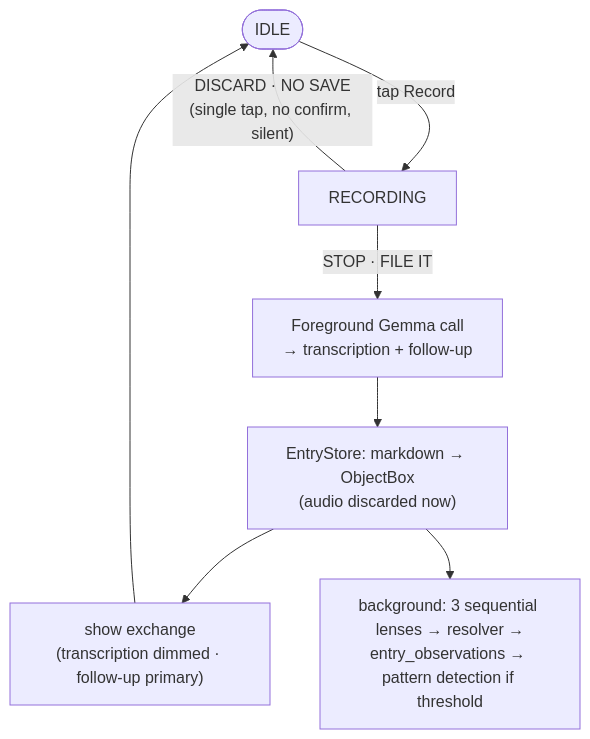
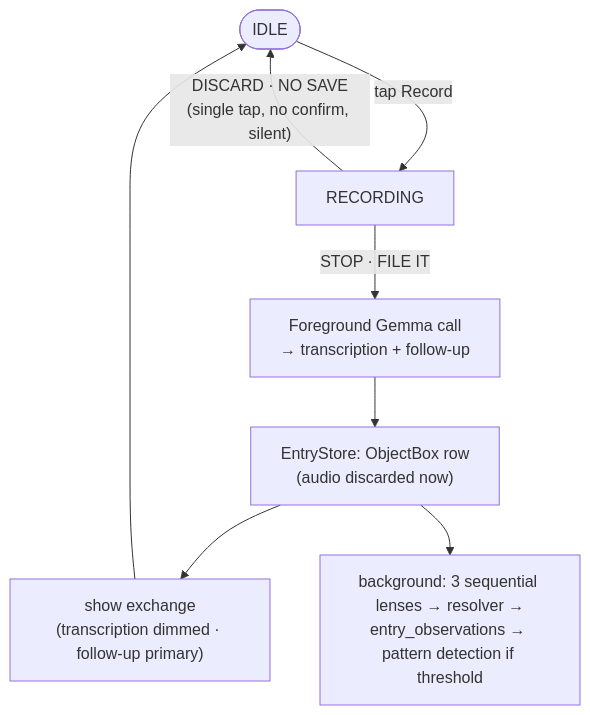
One commit to anchildress1/vestige changed the second of 6 diagrams in docs/diagrams/user-flows.md. Above: the diagram before and after it, drawn with Mermaid. The commit also changed other lines of this file and 77 other files, not shown here.

First line of the commit message:
feat(storage): make ObjectBox the entry source of truth (#50)

````diff
--- a/docs/diagrams/user-flows.md
+++ b/docs/diagrams/user-flows.md
@@ -33,13 +33,13 @@
 ```mermaid
 flowchart TD
     accTitle: Voice capture flow
-    accDescr: Tap record to enter RECORDING. Discard during recording ends silently with no entry. Stop and file it triggers the foreground Gemma call returning transcription and follow-up, persists markdown then ObjectBox, then runs the background three-lens extraction, convergence, observations, and pattern detection.
+    accDescr: Tap record to enter RECORDING. Discard during recording ends silently with no entry. Stop and file it triggers the foreground Gemma call returning transcription and follow-up, persists an ObjectBox row, then runs the background three-lens extraction, convergence, observations, and pattern detection.
 
     IDLE(["IDLE"]) -- "tap Record" --> REC["RECORDING"]
     REC -- "DISCARD · NO SAVE<br/>(single tap, no confirm, silent)" --> IDLE
     REC -- "STOP · FILE IT" --> FG["Foreground Gemma call<br/>→ transcription + follow-up"]
-    FG --> PERSIST["EntryStore: markdown → ObjectBox<br/>(audio discarded now)"]
+    FG --> PERSIST["EntryStore: ObjectBox row<br/>(audio discarded now)"]
     PERSIST --> SHOW["show exchange<br/>(transcription dimmed · follow-up primary)"]
     PERSIST --> BG["background: 3 sequential lenses → resolver →<br/>entry_observations → pattern detection if threshold"]
     SHOW --> IDLE
 ```
````
